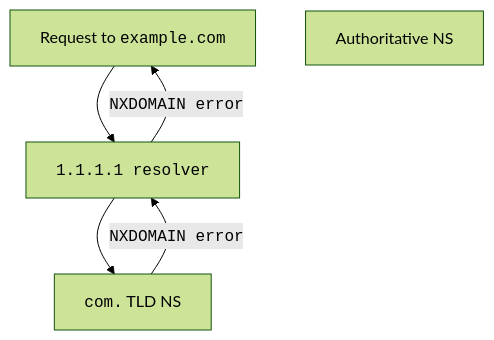
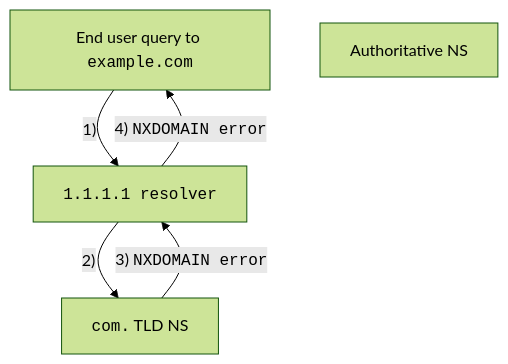
One commit to cloudflare/cloudflare-docs changed the first of 2 diagrams in content/dns/dns-firewall/random-prefix-attacks/about.md. Above: the diagram before and after it, drawn with Mermaid (forest theme). The commit also changed other lines of this file, not shown here.

```diff
--- a/content/dns/dns-firewall/random-prefix-attacks/about.md
+++ b/content/dns/dns-firewall/random-prefix-attacks/about.md
@@ -20,9 +20,9 @@
 <div class="mermaid">
     flowchart TD
       accTitle: Random prefix attacks diagram
-      A[Request to <code>example.com</code>] --> B[<code>1.1.1.1 resolver</code>]
-      B --> C[<code>com.</code> TLD NS]
-      C --<code>NXDOMAIN error</code>--> B
-      B --<code>NXDOMAIN error</code>--> A
+      A[End user query to <code>example.com</code>] --"1)"--> B[<code>1.1.1.1 resolver</code>]
+      B --"2)"--> C[<code>com.</code> TLD NS]
+      C --"3)" <code>NXDOMAIN error</code>--> B
+      B --"4)" <code>NXDOMAIN error</code>--> A
       D[Authoritative NS]
 </div>
```
